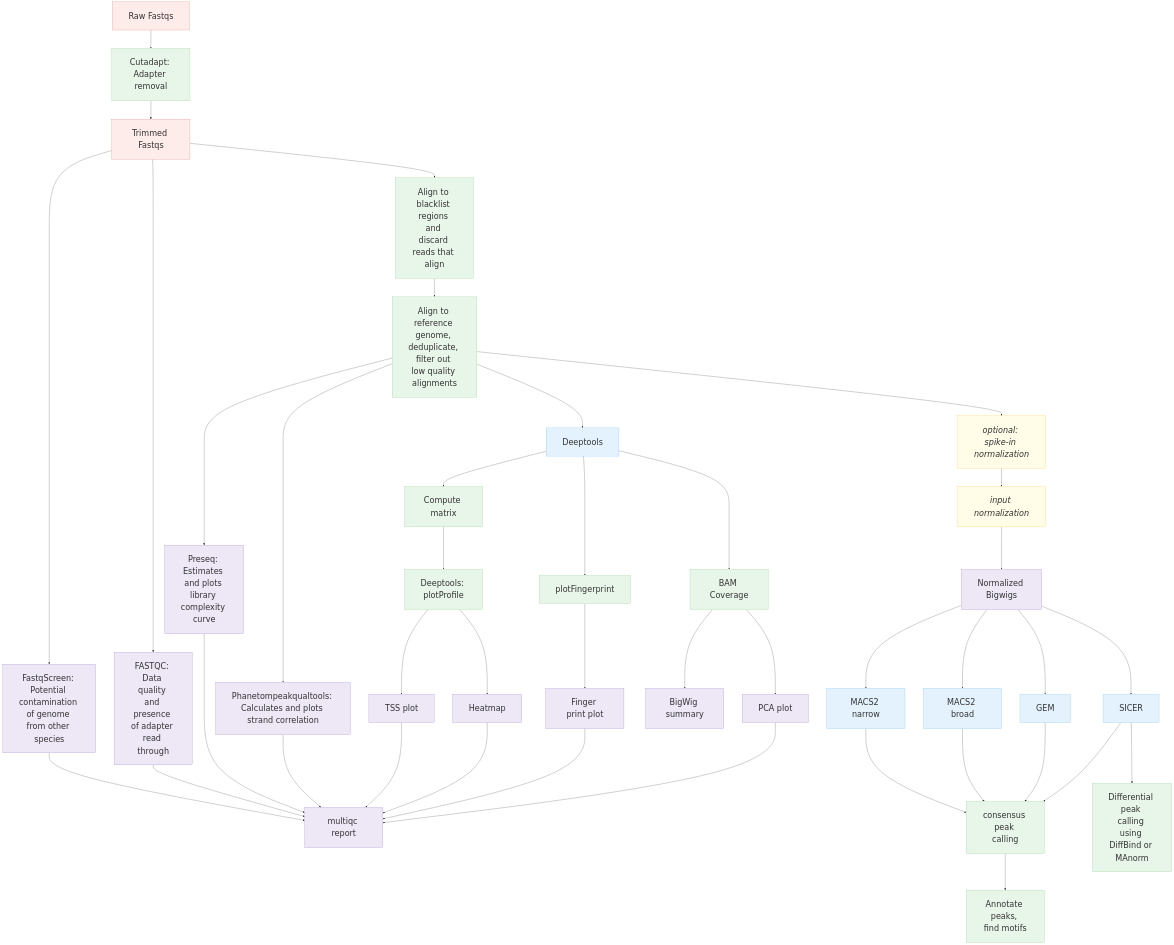
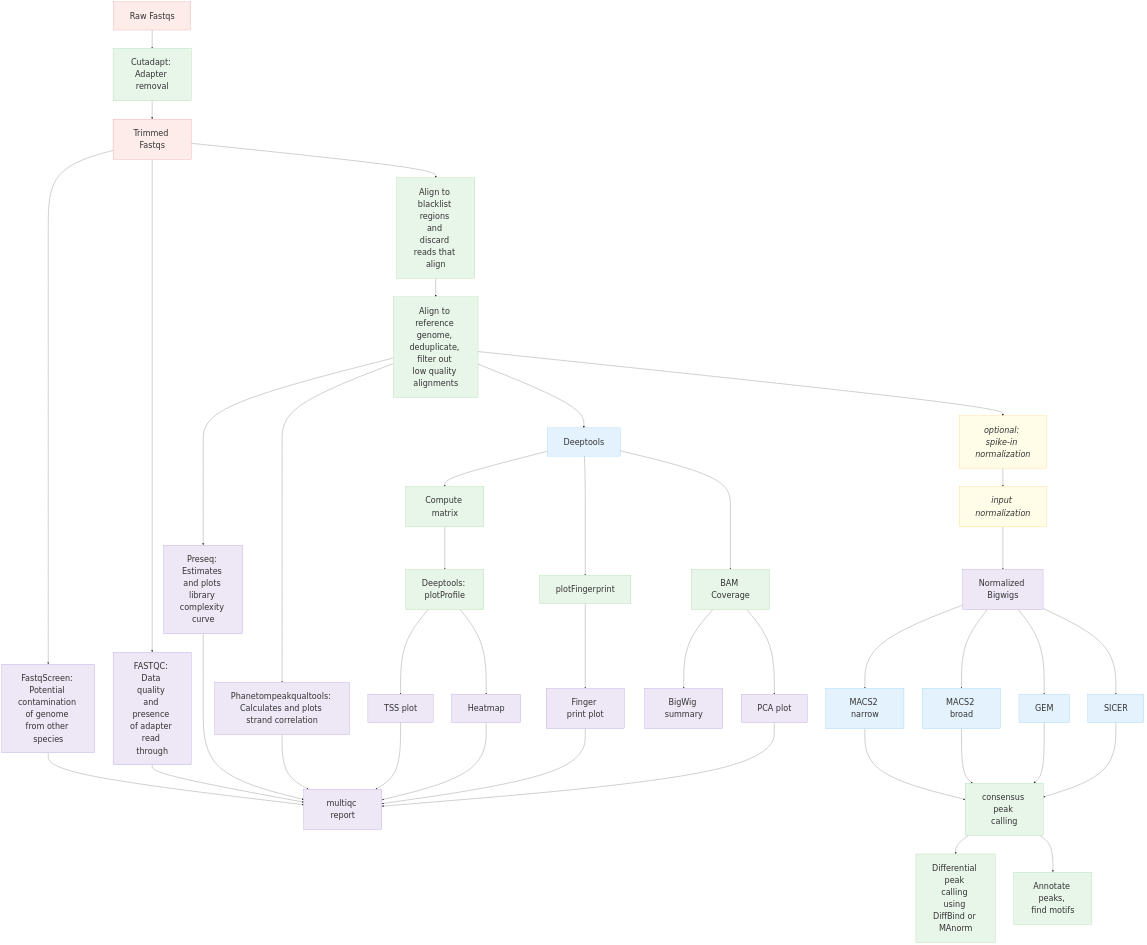
Before and after one commit to CCBR/CHAMPAGNE: the first of 2 diagrams in docs/diagram/index.md, drawn with Mermaid. The commit also changed other lines of this file, not shown here.

````diff
--- a/docs/diagram/index.md
+++ b/docs/diagram/index.md
@@ -3,78 +3,78 @@
 ```mermaid
 
 %%{init: {
   "themeVariables": {
      "background": "transparent",
      "fontSize": "35px" },
   "flowchart": {
     "nodeSpacing": 80,
     "rankSpacing": 80,
     "padding": 35,
     "htmlLabels": true
 }}}%%
 
 flowchart TB
 
   %% Input
   Raw["Raw Fastqs"]:::input --> Trimming["Cutadapt: Adapter removal"]:::process
   Trimming --> Trimmed["Trimmed Fastqs"]:::input
    
   %% Quality Control
    MultiQC["multiqc report"]:::output
   Trimmed --> Contaminants["FastqScreen: Potential contamination of genome from other species"]:::output
   Contaminants --> MultiQC
   Trimmed --> QC_results["FASTQC: Data quality and presence of adapter read through"]:::output
   QC_results --> MultiQC
 
   %% Blacklist filtering
   Trimmed --> Blacklist["Align to blacklist regions and discard reads that align"]:::process
 
   %% Preseq and alignment
   Blacklist --> Align["Align to reference genome, deduplicate, filter out low quality alignments"]:::process
   Align --> Cc["Preseq: Estimates and plots library complexity curve"]:::output
   Cc ---> MultiQC
 
   %% Phantompeakqualtools and alignment
   Align --> Scc["Phanetompeakqualtools: Calculates and plots strand correlation"]:::output
   Scc --> MultiQC
 
   %% Spike-in normalization (optional)
   Align --> Spike["optional: spike-in normalization"]:::note
   Spike --> InputNorm["input normalization"]:::note
   InputNorm --> NormBigwigs["Normalized Bigwigs"]:::output
 
   %% Deeptools steps
   Align --> Deeptools["Deeptools"]:::tool
   Deeptools --> Matrix["Compute matrix"]:::process
   Matrix --> Profile["Deeptools: plotProfile"]:::process
   Profile --> TSSplot["TSS plot"]:::output
   Profile --> Heatmap["Heatmap"]:::output
   TSSplot --> MultiQC
   Heatmap --> MultiQC
   Deeptools --> fingerprint["plotFingerprint"]:::process
   fingerprint --> fingerprintplot["Finger print plot"]:::output
   fingerprintplot --> MultiQC
   Deeptools --> BAMcov["BAM Coverage"]:::process
   BAMcov --> PCA["PCA plot"]:::output & Bigwig["BigWig summary"]:::output
   PCA --> MultiQC
 
   %% Peak calling
   NormBigwigs --> MACS2narrow["MACS2 narrow"]:::tool
   NormBigwigs --> MACS2broad["MACS2 broad"]:::tool
   NormBigwigs --> SICER["SICER"]:::tool
   NormBigwigs --> GEM["GEM"]:::tool
   MACS2narrow --> Consensus["consensus peak calling"]:::process
   MACS2broad --> Consensus
   GEM --> Consensus
   SICER --> Consensus
-  SICER --> Diffbind["Differential peak calling using DiffBind or MAnorm"]:::process
+  Consensus --> Diffbind["Differential peak calling using DiffBind or MAnorm"]:::process
   Consensus --> Annotate["Annotate peaks, find motifs"]:::process
 
   %% Styles
   classDef input fill:#fdecea,stroke:#e57373,stroke-width:1px;
   classDef process fill:#e8f5e9,stroke:#81c784,stroke-width:1px;
   classDef tool fill:#e3f2fd,stroke:#64b5f6,stroke-width:1px;
   classDef note fill:#fffde7,stroke:#fbc02d,stroke-width:1px,font-style:italic;
   classDef output fill:#ede7f6,stroke:#9575cd,stroke-width:1px;
   classDef data fill:#f3e5f5,stroke:#ba68c8,stroke-width:1px;
 ```
````
